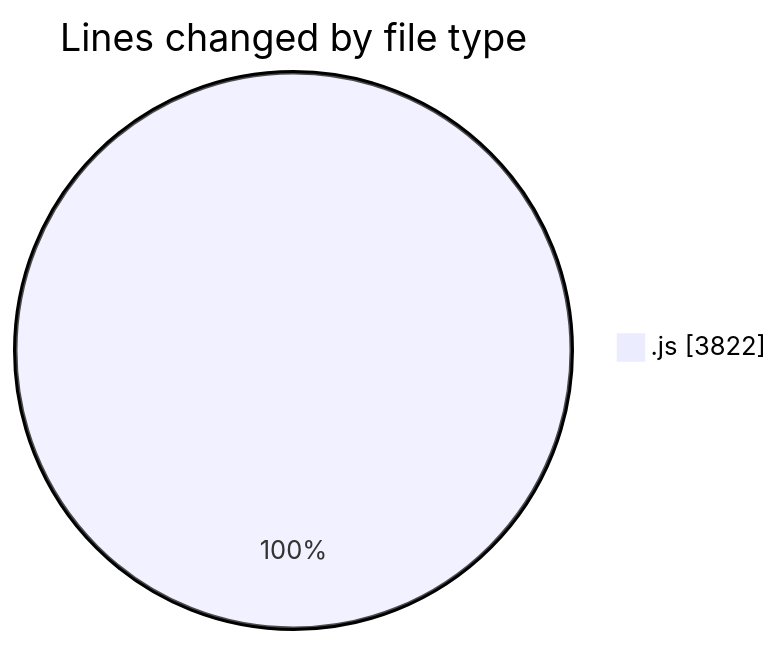
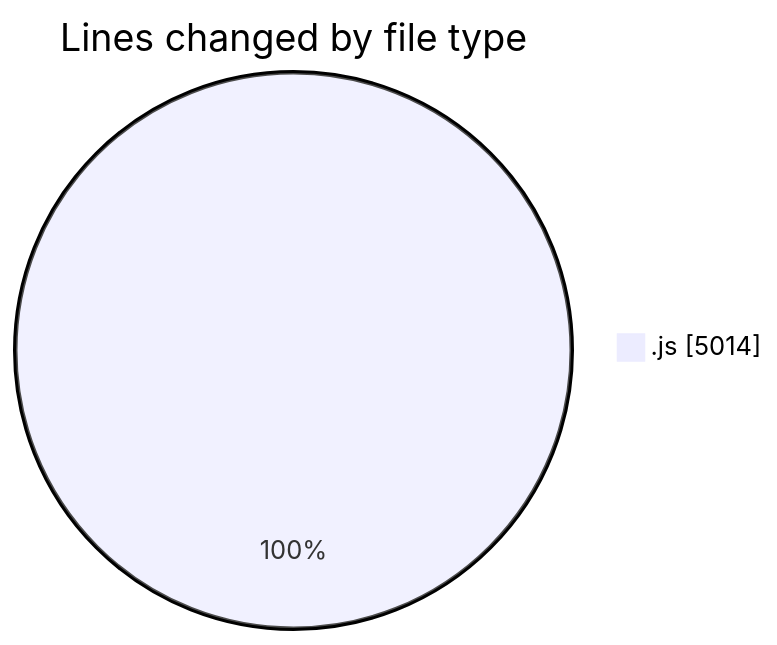
The first of 2 diagrams in 2025-12-09/nxtqube_webapp/README.md (nxtqubesakshisongat/code-tracking), drawn with Mermaid before and after one commit. The commit also changed other lines of this file and 1 other file, not shown here.

````diff
--- a/2025-12-09/nxtqube_webapp/README.md
+++ b/2025-12-09/nxtqube_webapp/README.md
@@ -20,5 +20,5 @@
 ```mermaid
 pie showData
 title Lines changed by file type
-".js" : 3822
+".js" : 5014
 ```
````
